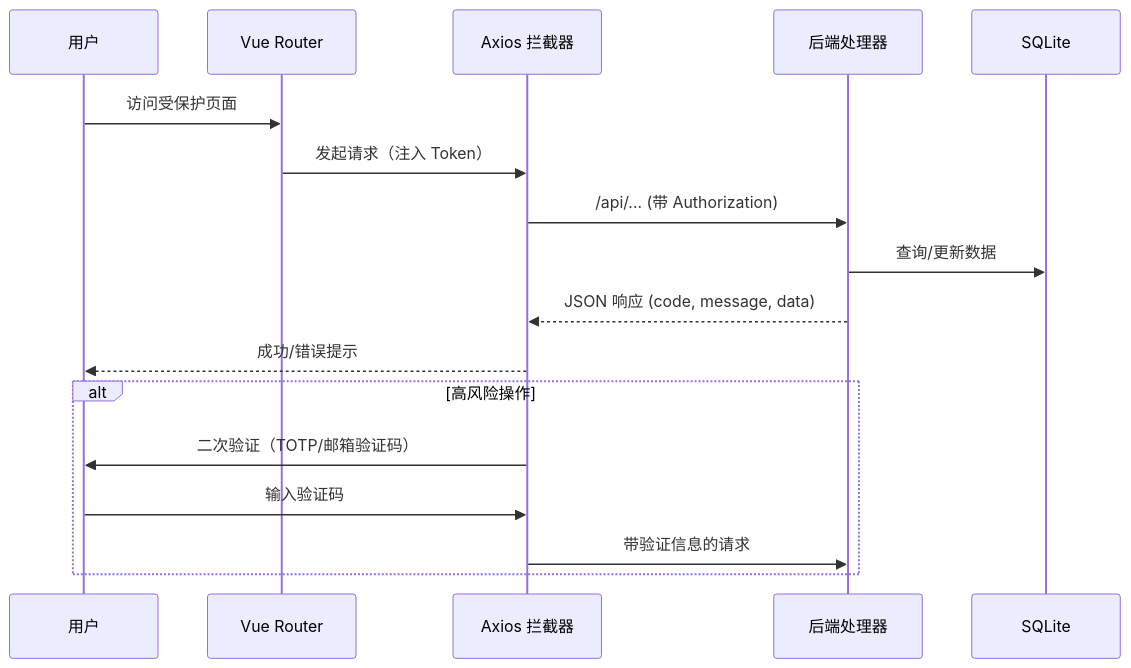
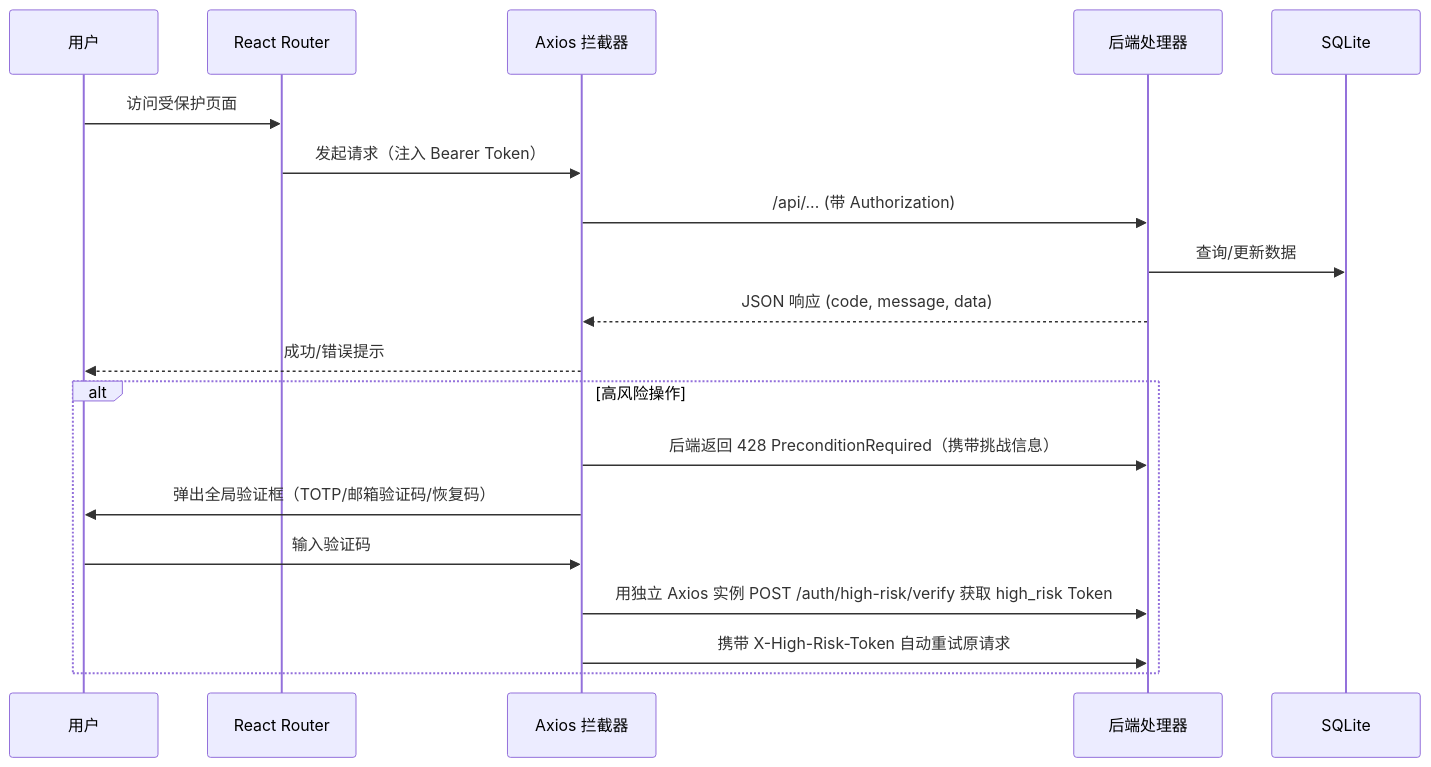
Before and after one commit to QVMConsole/docs: the eighth of 18 diagrams in docs/feature-analysis/qvmconsole-architecture.mdx, drawn with Mermaid. The commit also changed other lines of this file and 37 other files, not shown here.

````diff
--- a/docs/feature-analysis/qvmconsole-architecture.mdx
+++ b/docs/feature-analysis/qvmconsole-architecture.mdx
@@ -429,21 +483,23 @@
 ```mermaid
 sequenceDiagram
     participant U as 用户
-    participant R as Vue Router
+    participant R as React Router
     participant S as Axios 拦截器
     participant H as 后端处理器
     participant D as SQLite
 
     U->>R: 访问受保护页面
-    R->>S: 发起请求（注入 Token）
+    R->>S: 发起请求（注入 Bearer Token）
     S->>H: /api/... (带 Authorization)
     H->>D: 查询/更新数据
     H-->>S: JSON 响应 (code, message, data)
     S-->>U: 成功/错误提示
 
     alt 高风险操作
-        S->>U: 二次验证（TOTP/邮箱验证码）
+        S->>H: 后端返回 428 PreconditionRequired（携带挑战信息）
+        S->>U: 弹出全局验证框（TOTP/邮箱验证码/恢复码）
         U->>S: 输入验证码
-        S->>H: 带验证信息的请求
+        S->>H: 用独立 Axios 实例 POST /auth/high-risk/verify 获取 high_risk Token
+        S->>H: 携带 X-High-Risk-Token 自动重试原请求
     end
 ```
````
